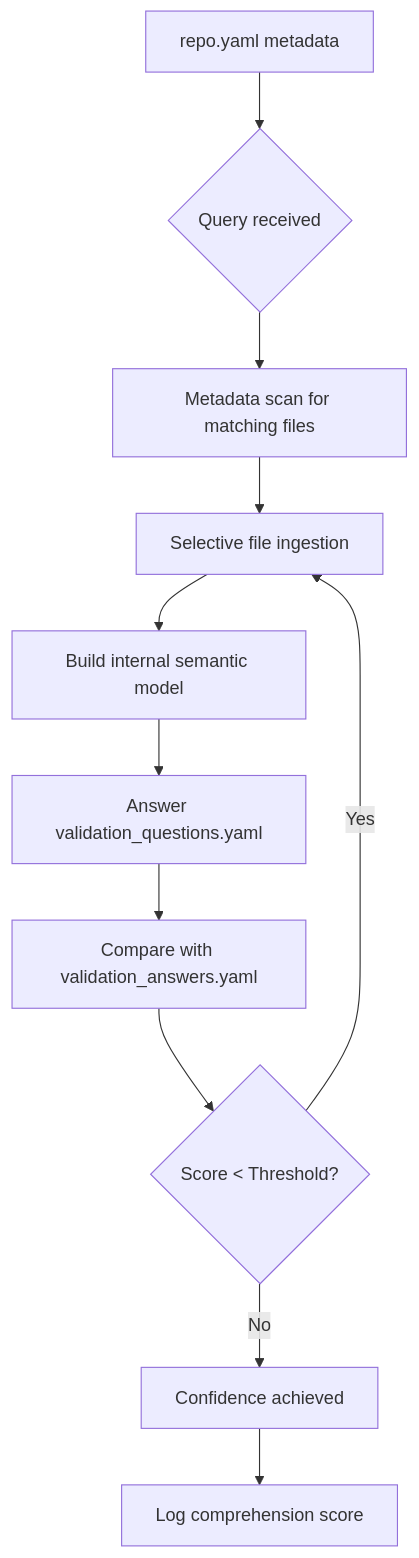
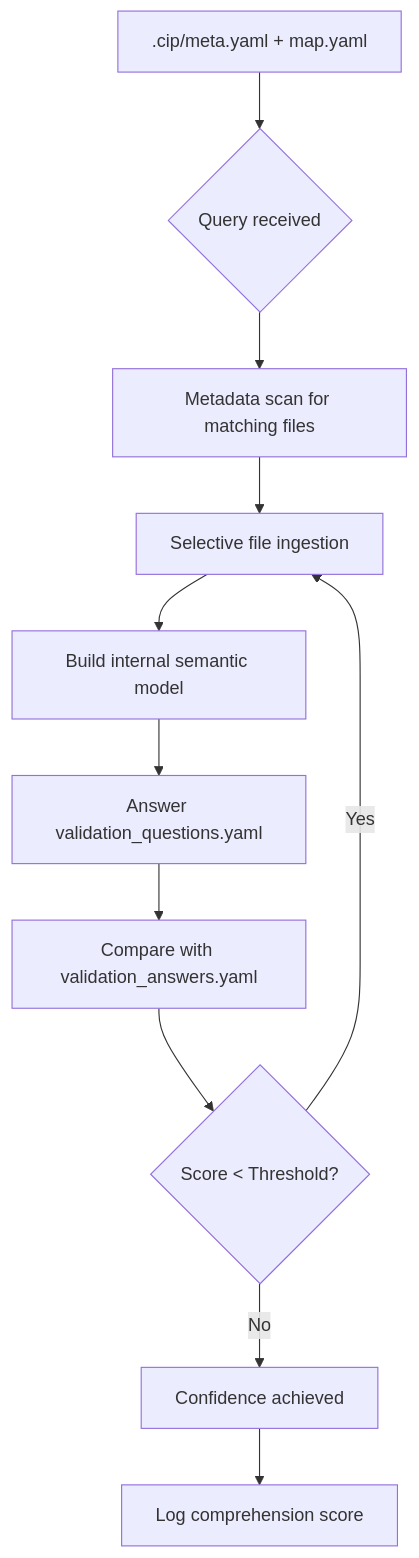
One commit to dawnfield-institute/dawn-field-theory changed the diagram in cognition_index_protocol/architecture/CIP_architecturev1.md. Above: the diagram before and after it, drawn with Mermaid. The commit also changed other lines of this file and 31 other files, not shown here.

First line of the commit message:
Update all foundational theory and empirical alignment docs to bracket-based filename schema

````diff
--- a/cognition_index_protocol/architecture/CIP_architecturev1.md
+++ b/cognition_index_protocol/architecture/CIP_architecturev1.md
@@ -21,13 +21,13 @@
 ```mermaid
 graph TD
-  A[repo.yaml metadata] --> B{Query received}
+  A[.cip/meta.yaml + map.yaml] --> B{Query received}
   B --> C[Metadata scan for matching files]
   C --> D[Selective file ingestion]
   D --> E[Build internal semantic model]
   E --> F[Answer validation_questions.yaml]
   F --> G[Compare with validation_answers.yaml]
   G --> H{Score < Threshold?}
   H -- Yes --> D
   H -- No --> I[Confidence achieved]
   I --> J[Log comprehension score]
 ```
````
